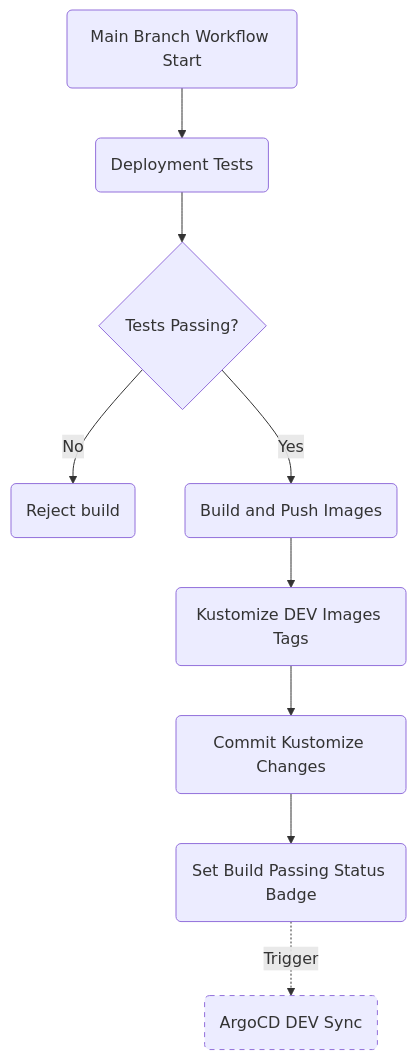
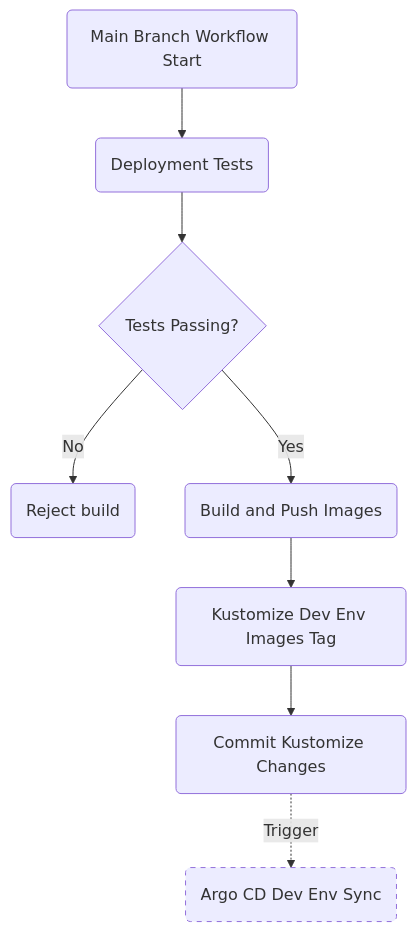
The fifth of 6 diagrams in docs/05-ci-cd/setup-continuous-integration.md (digitalocean/k8s-adoption-journey), drawn with Mermaid before and after one commit. The commit also changed other lines of this file and 16 other files, not shown here.

````diff
--- a/docs/05-ci-cd/setup-continuous-integration.md
+++ b/docs/05-ci-cd/setup-continuous-integration.md
@@ -590,12 +586,11 @@
 ```mermaid
 graph TD
 A(Main Branch Workflow Start) --> B(Deployment Tests)
 B --> C{Tests Passing?}
 C -- No --> D(Reject build)
 C -- Yes --> E(Build and Push Images)
-E --> F(Kustomize DEV Images Tags)
+E --> F(Kustomize Dev Env Images Tag)
 F --> G(Commit Kustomize Changes)
-G --> H(Set Build Passing Status Badge)
-H -. Trigger .-> I(ArgoCD DEV Sync)
-style I stroke-dasharray: 5 5
+G -. Trigger .-> H(Argo CD Dev Env Sync)
+style H stroke-dasharray: 5 5
 ```
````
